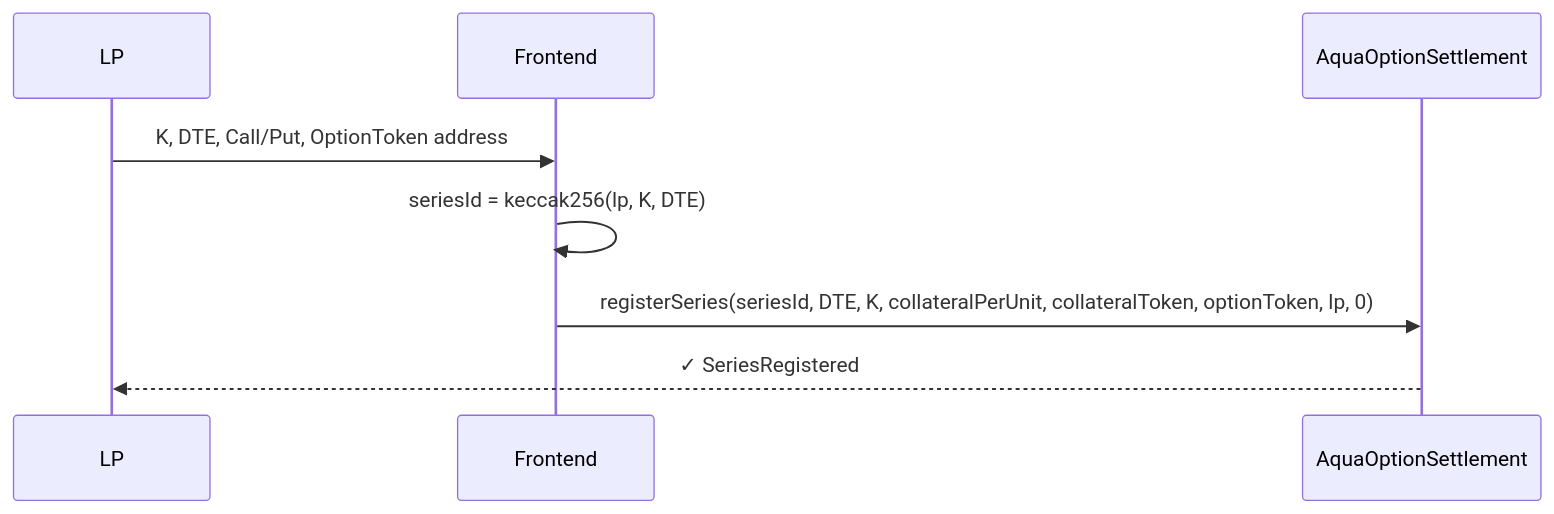
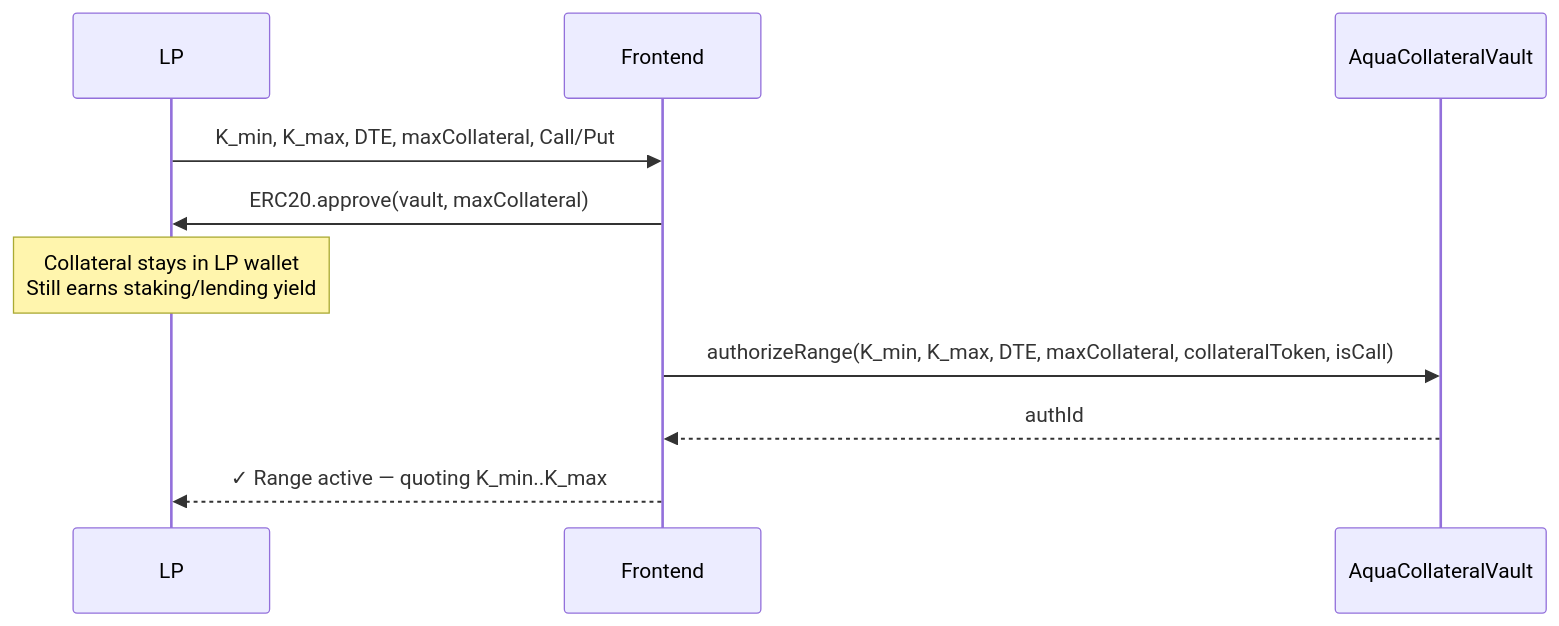
The first of 6 diagrams in README.md (oslinin/Smile), drawn with Mermaid before and after one commit. The commit also changed other lines of this file and 8 other files, not shown here.

Commit message:
Add AuthorizeRange flow, expand vault + hook, update docs

````diff
--- a/README.md
+++ b/README.md
@@ -114,11 +99,13 @@
 ```mermaid
 sequenceDiagram
     participant LP
     participant Frontend
-    participant Settlement as AquaOptionSettlement
+    participant Vault as AquaCollateralVault
 
-    LP->>Frontend: K, DTE, Call/Put, OptionToken address
-    Frontend->>Frontend: seriesId = keccak256(lp, K, DTE)
-    Frontend->>Settlement: registerSeries(seriesId, DTE, K, collateralPerUnit, collateralToken, optionToken, lp, 0)
-    Settlement-->>LP: ✓ SeriesRegistered
+    LP->>Frontend: K_min, K_max, DTE, maxCollateral, Call/Put
+    Frontend->>LP: ERC20.approve(vault, maxCollateral)
+    Note over LP: Collateral stays in LP wallet<br/>Still earns staking/lending yield
+    Frontend->>Vault: authorizeRange(K_min, K_max, DTE, maxCollateral, collateralToken, isCall)
+    Vault-->>Frontend: authId
+    Frontend-->>LP: ✓ Range active — quoting K_min..K_max
 ```
````
